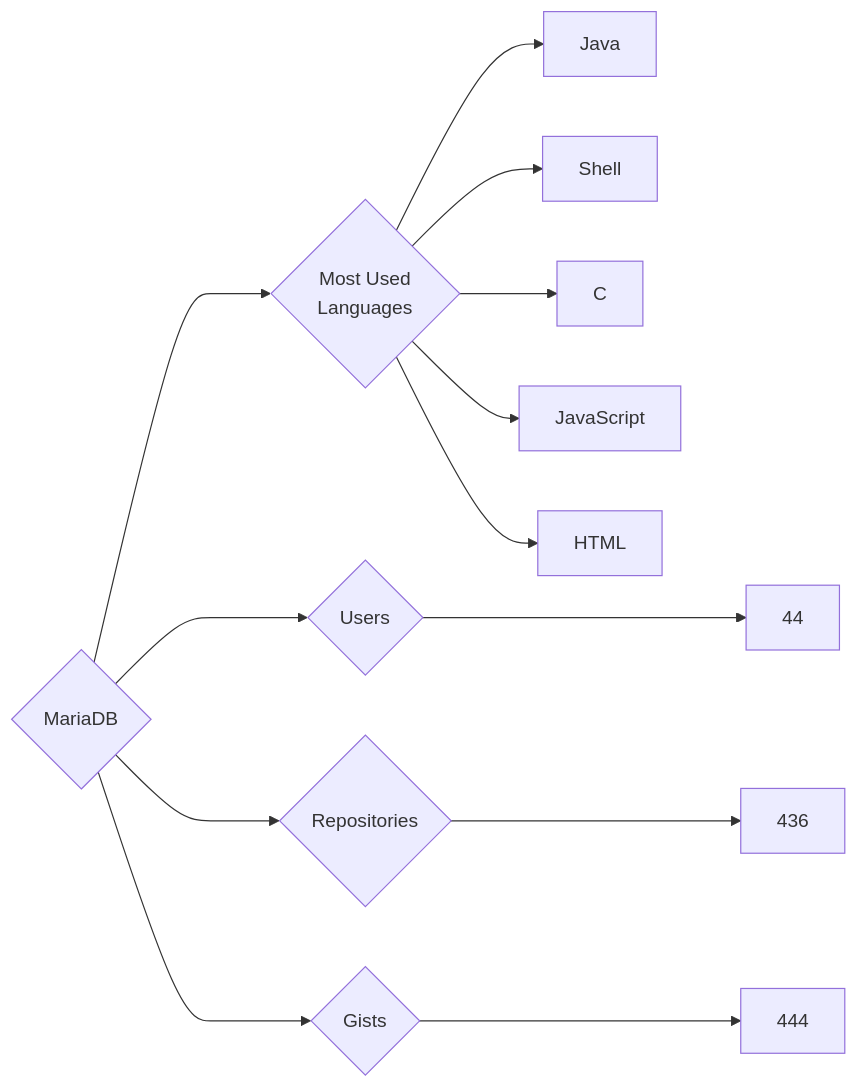
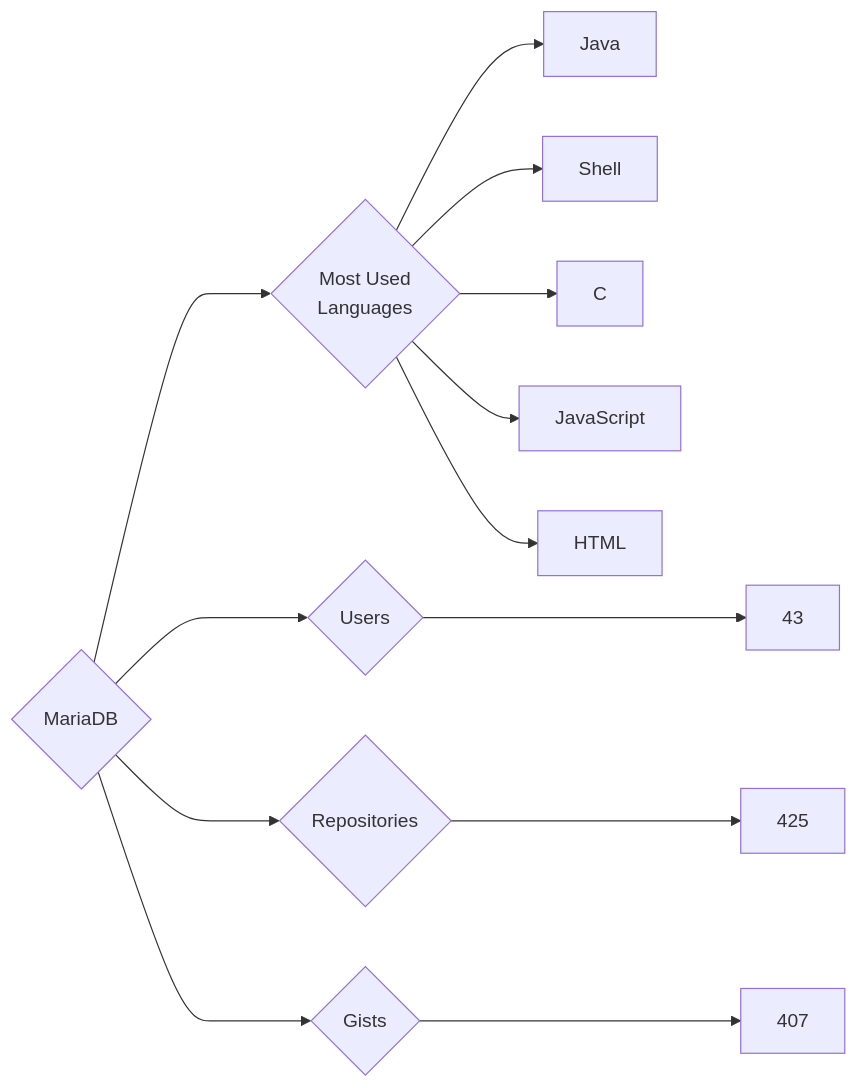
Before and after one commit to trickest/insiders: the diagram in targets/MariaDB/README.md, drawn with Mermaid. The commit also changed 794 other files, not shown here.

````diff
--- a/targets/MariaDB/README.md
+++ b/targets/MariaDB/README.md
@@ -3,13 +3,13 @@
 ```mermaid
 graph LR
 COMPANY_NAME{MariaDB}
-COMPANY_NAME ---> U{Users} ---> UN[44]
-COMPANY_NAME ---> R{Repositories} ---> RN[436]
-COMPANY_NAME ---> G{Gists} ---> GN[444]
+COMPANY_NAME ---> U{Users} ---> UN[43]
+COMPANY_NAME ---> R{Repositories} ---> RN[425]
+COMPANY_NAME ---> G{Gists} ---> GN[407]
 COMPANY_NAME ---> ML{Most Used<br>Languages}
 ML --> Java[Java]
 ML --> Shell[Shell]
 ML --> C[C]
 ML --> JavaScript[JavaScript]
 ML --> HTML[HTML]
 ```
````
